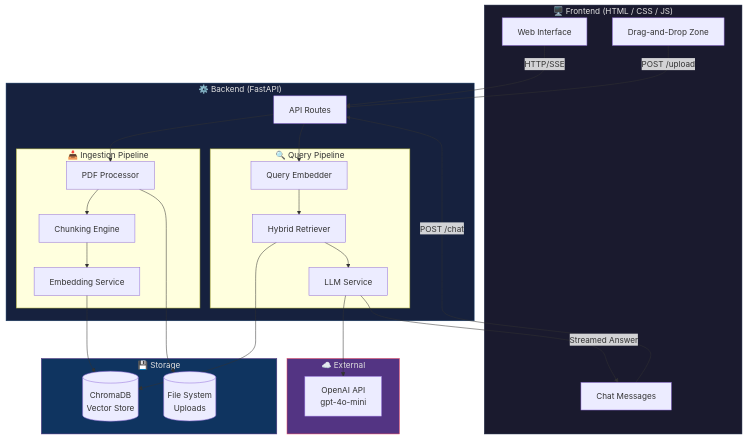
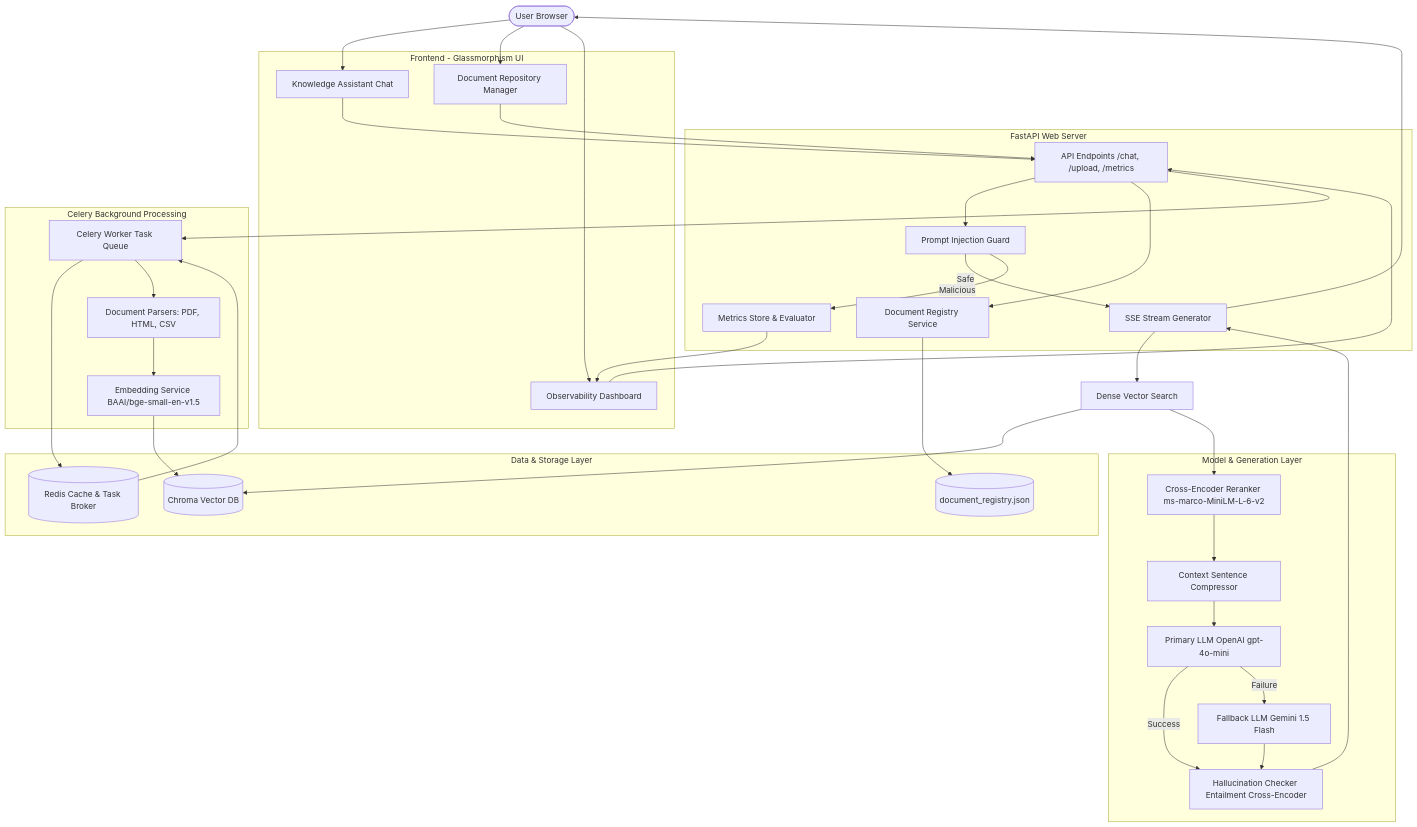
One commit to varun72004/Enterprise_RAG_Assistant changed the diagram in README.md. Above: the diagram before and after it, drawn with Mermaid. The commit also changed other lines of this file and 46 other files, not shown here.

Commit message:
feat: Production-grade RAG redesign with SSE, fallbacks, and security dashboard

````diff
--- a/README.md
+++ b/README.md
@@ -87,55 +20,64 @@
 ```mermaid
-graph TB
-    subgraph Frontend ["🖥️ Frontend (HTML / CSS / JS)"]
-        UI[Web Interface]
-        DZ[Drag-and-Drop Zone]
-        CM[Chat Messages]
+graph TD
+    User([User Browser])
+    
+    subgraph Frontend [Frontend - Glassmorphism UI]
+        Chat[Knowledge Assistant Chat]
+        Repo[Document Repository Manager]
+        Dash[Observability Dashboard]
+    end
+    
+    subgraph Backend [FastAPI Web Server]
+        API[API Endpoints /chat, /upload, /metrics]
+        Guard[Prompt Injection Guard]
+        Registry[Document Registry Service]
+        SSE[SSE Stream Generator]
+        Metrics[Metrics Store & Evaluator]
+    end
+    
+    subgraph Worker [Celery Background Processing]
+        Celery[Celery Worker Task Queue]
+        Parser[Document Parsers: PDF, HTML, CSV]
+        Embedder[Embedding Service BAAI/bge-small-en-v1.5]
+    end
+    
+    subgraph Data [Data & Storage Layer]
+        Redis[(Redis Cache & Task Broker)]
+        Chroma[(Chroma Vector DB)]
+        RegFile[(document_registry.json)]
+    end
+    
+    subgraph Models [Model & Generation Layer]
+        Reranker[Cross-Encoder Reranker ms-marco-MiniLM-L-6-v2]
+        Compressor[Context Sentence Compressor]
+        PrimaryLLM[Primary LLM OpenAI gpt-4o-mini]
+        FallbackLLM[Fallback LLM Gemini 1.5 Flash]
+        Hallucination[Hallucination Checker Entailment Cross-Encoder]
     end
 
-    subgraph Backend ["⚙️ Backend (FastAPI)"]
-        API[API Routes]
-        
-        subgraph Ingestion ["📥 Ingestion Pipeline"]
-            PP[PDF Processor]
-            CK[Chunking Engine]
-            EM[Embedding Service]
-        end
-        
-        subgraph Query ["🔍 Query Pipeline"]
-            QE[Query Embedder]
-            RT[Hybrid Retriever]
-            LLM[LLM Service]
-        end
-    end
-
-    subgraph Storage ["💾 Storage"]
-        VDB[(ChromaDB<br/>Vector Store)]
-        FS[(File System<br/>Uploads)]
-    end
-
-    subgraph External ["☁️ External"]
-        OAI[OpenAI API<br/>gpt-4o-mini]
-    end
-
-    UI --> |HTTP/SSE| API
-    DZ --> |POST /upload| API
-    CM --> |POST /chat| API
-
-    API --> PP
-    PP --> CK
-    CK --> EM
-    EM --> VDB
-    PP --> FS
-
-    API --> QE
-    QE --> RT
-    RT --> VDB
-    RT --> LLM
-    LLM --> OAI
-    LLM --> |Streamed Answer| CM
-
-    style Frontend fill:#1a1a2e,stroke:#16213e,color:#e0e0e0
-    style Backend fill:#16213e,stroke:#0f3460,color:#e0e0e0
-    style Storage fill:#0f3460,stroke:#533483,color:#e0e0e0
-    style External fill:#533483,stroke:#e94560,color:#e0e0e0
+    User --> Chat & Repo & Dash
+    Chat --> API
+    Repo --> API
+    Dash --> API
+    
+    API --> Guard
+    Guard -- Safe --> SSE
+    Guard -- Malicious --> Metrics
+    
+    API --> Registry
+    Registry --> RegFile
+    API --> Celery
+    Celery --> Redis
+    Redis --> Celery
+    
+    Celery --> Parser --> Embedder --> Chroma
+    
+    SSE --> VectorSearch[Dense Vector Search]
+    VectorSearch --> Chroma
+    VectorSearch --> Reranker --> Compressor --> PrimaryLLM
+    PrimaryLLM -- Success --> Hallucination
+    PrimaryLLM -- Failure --> FallbackLLM --> Hallucination
+    Hallucination --> SSE --> User
+    
+    Metrics --> Dash
 ```
````
